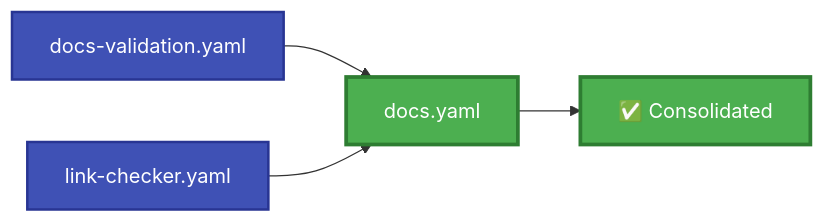
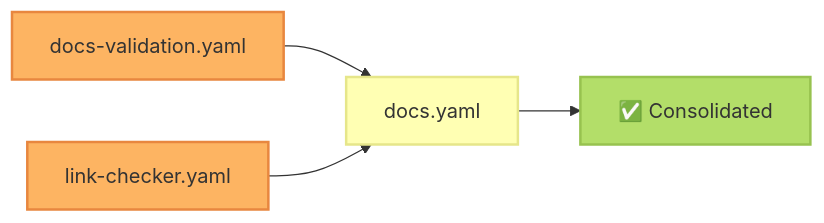
Before and after one commit to vishnu2kmohan/mcp-server-langgraph: the tenth of 12 diagrams in docs/development/workflow-diagram.mdx, drawn with Mermaid. The commit also changed other lines of this file and 201 other files, not shown here.

````diff
--- a/docs/development/workflow-diagram.mdx
+++ b/docs/development/workflow-diagram.mdx
@@ -467,12 +523,15 @@
 ```mermaid
-graph LR
+%% ColorBrewer2 Set3 palette - each component type uniquely colored
+flowchart LR
     DV[docs-validation.yaml] --> Combined[docs.yaml]
     LC[link-checker.yaml] --> Combined
     Combined --> Complete[✅ Consolidated]
 
-    classDef current fill:#3F51B5,stroke:#283593,stroke-width:2px,color:#fff
-    classDef proposed fill:#4CAF50,stroke:#2E7D32,stroke-width:3px,color:#fff
+    classDef validationStyle fill:#fdb462,stroke:#e8873f,stroke-width:2px,color:#333
+    classDef successStyle fill:#b3de69,stroke:#97c24f,stroke-width:2px,color:#333
+    classDef secondaryStyle fill:#ffffb3,stroke:#e6e68a,stroke-width:2px,color:#333
 
-    class DV,LC current
-    class Combined,Complete proposed
+    class DV,LC validationStyle
+    class Complete successStyle
+    class Combined secondaryStyle
 ```
````
